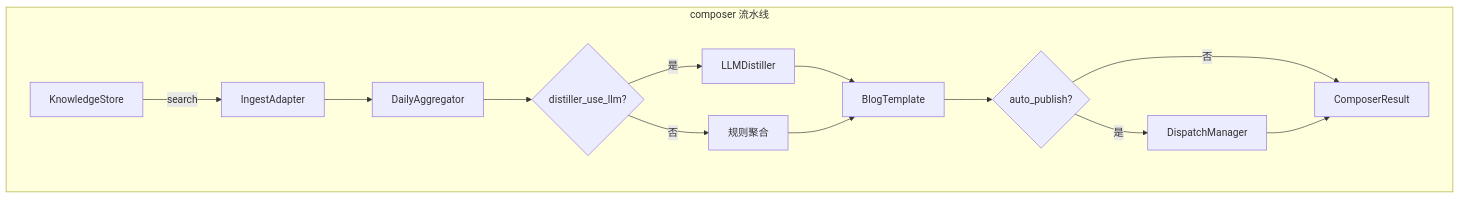
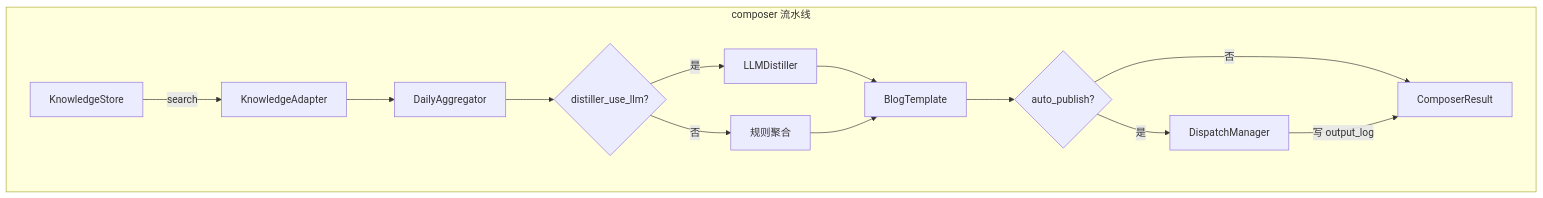
Before and after one commit to xinovate/linglong-knowledge: the second of 6 diagrams in docs/architecture.md, drawn with Mermaid. The commit also changed other lines of this file and 20 other files, not shown here.

````diff
--- a/docs/architecture.md
+++ b/docs/architecture.md
@@ -66,16 +73,16 @@
 ```mermaid
 graph TD
     subgraph composer 流水线
-        A[KnowledgeStore] -->|search| B[IngestAdapter]
+        A[KnowledgeStore] -->|search| B[KnowledgeAdapter]
         B --> C[DailyAggregator]
         C --> D{distiller_use_llm?}
         D -->|是| E[LLMDistiller]
         D -->|否| F[规则聚合]
         E --> G[BlogTemplate]
         F --> G
         G --> H{auto_publish?}
         H -->|是| I[DispatchManager]
         H -->|否| J[ComposerResult]
-        I --> J
+        I -->|写 output_log| J
     end
 ```
````
